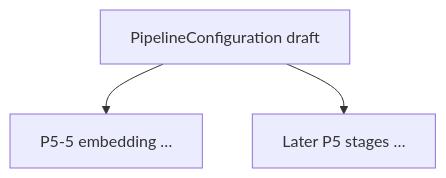
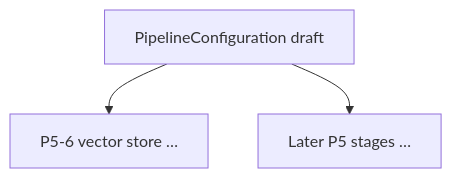
The sixth of 6 diagrams in docs/internal/PROJECT_SYSTEM_DESIGN_EVOLUTION_Phase5.md (anulsasidharan/Unified-RAG-Studio), drawn with Mermaid before and after one commit. The commit also changed other lines of this file and 11 other files, not shown here.

````diff
--- a/docs/internal/PROJECT_SYSTEM_DESIGN_EVOLUTION_Phase5.md
+++ b/docs/internal/PROJECT_SYSTEM_DESIGN_EVOLUTION_Phase5.md
@@ -81,6 +104,6 @@
 ```mermaid
 flowchart TB
   Draft[PipelineConfiguration draft]
-  Draft --> Emb[P5-5 embedding …]
+  Draft --> VS[P5-6 vector store …]
   Draft --> Later[Later P5 stages …]
 ```
````
